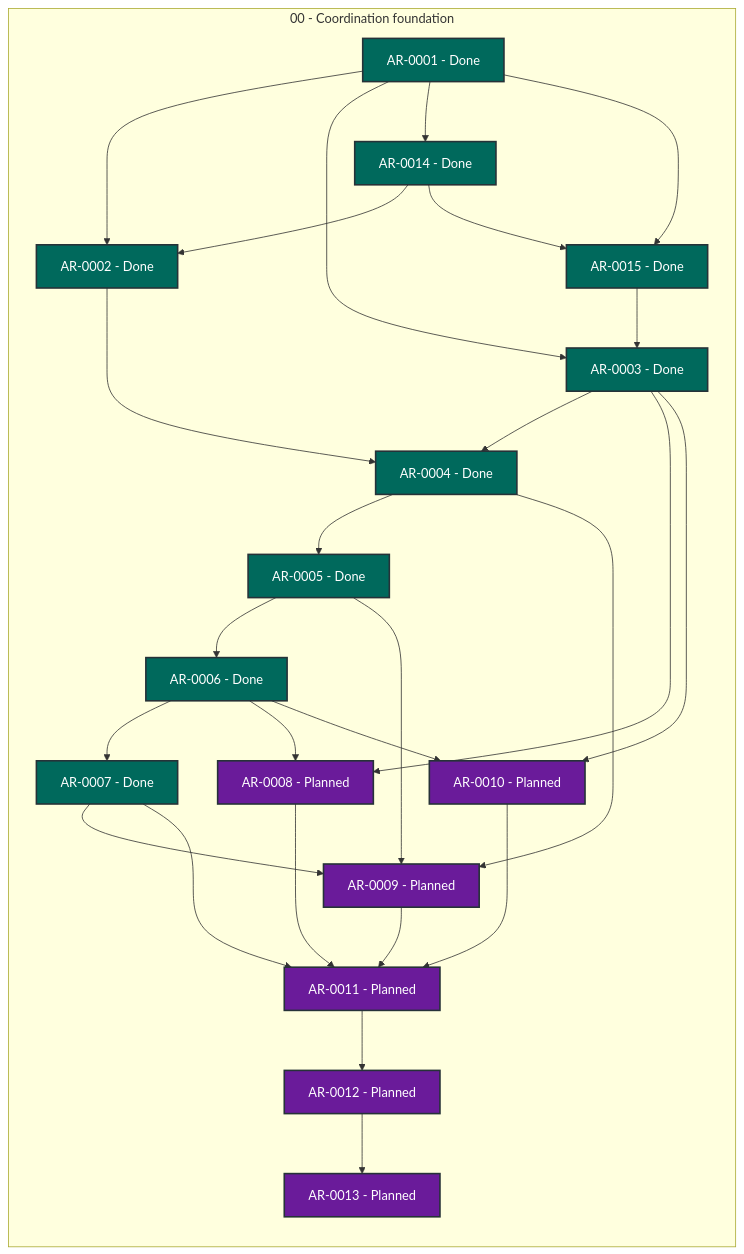
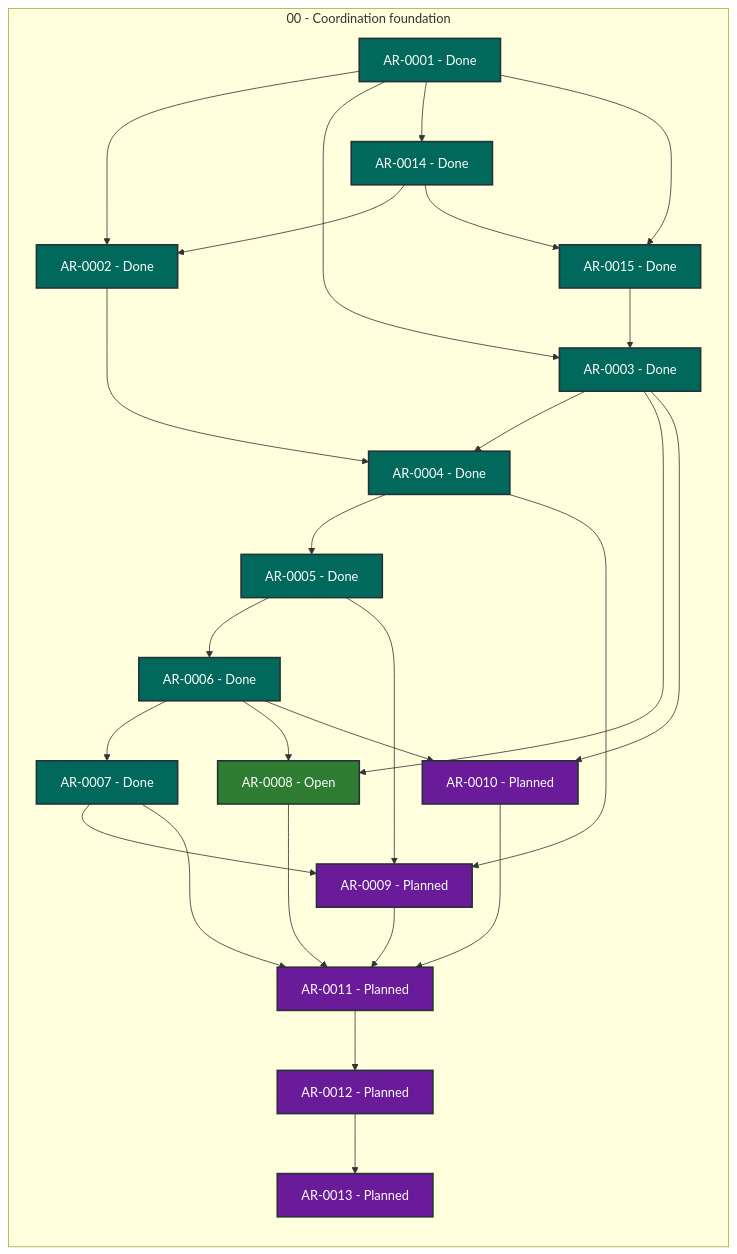
One commit to martin-beck/agent-workflow-tui-state changed the diagram in STATUS.md. Above: the diagram before and after it, drawn with Mermaid. The commit also changed other lines of this file and 2 other files, not shown here.

````diff
--- a/STATUS.md
+++ b/STATUS.md
@@ -27,54 +27,54 @@
 ```mermaid
 flowchart LR
     subgraph series_00["00 - Coordination foundation"]
         direction TB
         AR_0001["AR-0001 - Done"]:::status_done
         AR_0002["AR-0002 - Done"]:::status_done
         AR_0003["AR-0003 - Done"]:::status_done
         AR_0004["AR-0004 - Done"]:::status_done
         AR_0005["AR-0005 - Done"]:::status_done
         AR_0006["AR-0006 - Done"]:::status_done
         AR_0007["AR-0007 - Done"]:::status_done
-        AR_0008["AR-0008 - Planned"]:::status_planned
+        AR_0008["AR-0008 - Open"]:::status_open
         AR_0009["AR-0009 - Planned"]:::status_planned
         AR_0010["AR-0010 - Planned"]:::status_planned
         AR_0011["AR-0011 - Planned"]:::status_planned
         AR_0012["AR-0012 - Planned"]:::status_planned
         AR_0013["AR-0013 - Planned"]:::status_planned
         AR_0014["AR-0014 - Done"]:::status_done
         AR_0015["AR-0015 - Done"]:::status_done
     end
     AR_0001 --> AR_0002
     AR_0001 --> AR_0003
     AR_0001 --> AR_0014
     AR_0001 --> AR_0015
     AR_0002 --> AR_0004
     AR_0003 --> AR_0004
     AR_0003 --> AR_0008
     AR_0003 --> AR_0010
     AR_0004 --> AR_0005
     AR_0004 --> AR_0009
     AR_0005 --> AR_0006
     AR_0005 --> AR_0009
     AR_0006 --> AR_0007
     AR_0006 --> AR_0008
     AR_0006 --> AR_0010
     AR_0007 --> AR_0009
     AR_0007 --> AR_0011
     AR_0008 --> AR_0011
     AR_0009 --> AR_0011
     AR_0010 --> AR_0011
     AR_0011 --> AR_0012
     AR_0012 --> AR_0013
     AR_0014 --> AR_0002
     AR_0014 --> AR_0015
     AR_0015 --> AR_0003
     classDef status_in_progress fill:#1565c0,color:#ffffff,stroke:#263238,stroke-width:2px
     classDef status_open fill:#2e7d32,color:#ffffff,stroke:#263238,stroke-width:2px
     classDef status_blocked fill:#c62828,color:#ffffff,stroke:#263238,stroke-width:2px
     classDef status_planned fill:#6a1b9a,color:#ffffff,stroke:#263238,stroke-width:2px
     classDef status_future fill:#455a64,color:#ffffff,stroke:#263238,stroke-width:2px
     classDef status_done fill:#00695c,color:#ffffff,stroke:#263238,stroke-width:2px
     classDef status_cancelled fill:#616161,color:#ffffff,stroke:#263238,stroke-width:2px
     classDef status_superseded fill:#5d4037,color:#ffffff,stroke:#263238,stroke-width:2px
 ```
````
